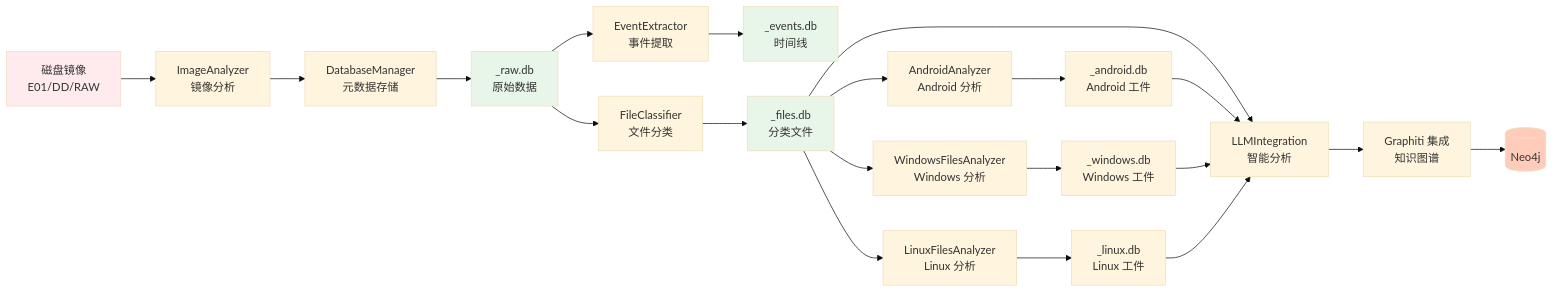
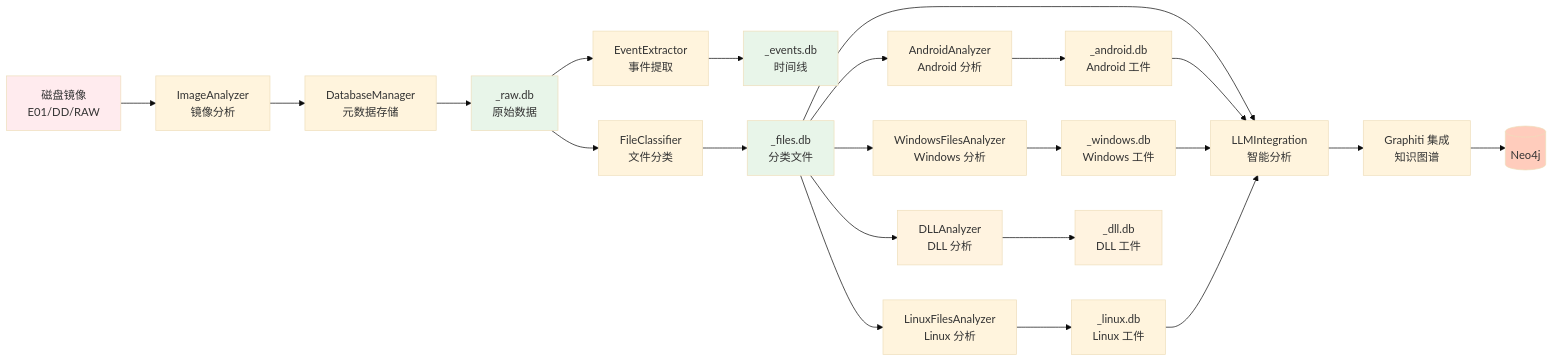
Before and after one commit to ymj68520/TraceLens: the second of 9 diagrams in docs/architecture/Overview.md, drawn with Mermaid (base theme). The commit also changed other lines of this file and 38 other files, not shown here.

````diff
--- a/docs/architecture/Overview.md
+++ b/docs/architecture/Overview.md
@@ -109,34 +109,39 @@
 ```mermaid
 flowchart LR
     A[磁盘镜像<br/>E01/DD/RAW] --> B[ImageAnalyzer<br/>镜像分析]
     B --> C[DatabaseManager<br/>元数据存储]
     C --> D[_raw.db<br/>原始数据]
 
     D --> E[EventExtractor<br/>事件提取]
     E --> F[_events.db<br/>时间线]
 
     D --> G[FileClassifier<br/>文件分类]
     G --> H[_files.db<br/>分类文件]
 
     H --> I[AndroidAnalyzer<br/>Android 分析]
     H --> J[WindowsFilesAnalyzer<br/>Windows 分析]
     H --> K[LinuxFilesAnalyzer<br/>Linux 分析]
 
     I --> L[_android.db<br/>Android 工件]
     J --> M[_windows.db<br/>Windows 工件]
     K --> N[_linux.db<br/>Linux 工件]
 
     H --> O[LLMIntegration<br/>智能分析]
     L --> O
     M --> O
     N --> O
 
+    H --> R[DLLAnalyzer<br/>DLL 分析]
+    R --> S[_dll.db<br/>DLL 工件]
+
     O --> P[Graphiti 集成<br/>知识图谱]
     P --> Q[(Neo4j)]
 
     style A fill:#ffebee
     style D fill:#e8f5e9
     style F fill:#e8f5e9
     style H fill:#e8f5e9
     style Q fill:#ffccbc
+    style R fill:#fff3e0
+    style S fill:#fff3e0
 ```
````
